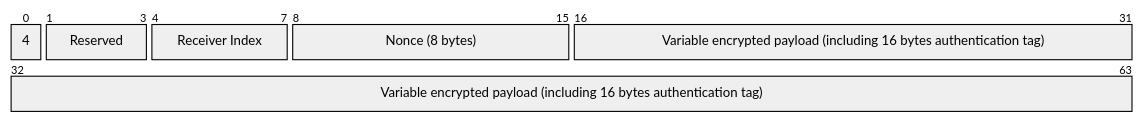
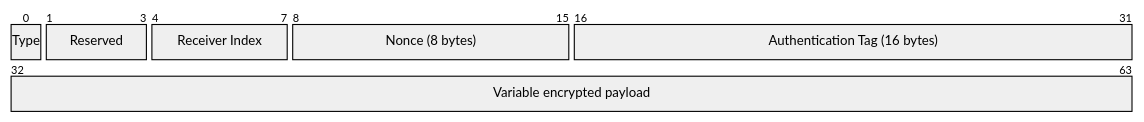
One commit to category-labs/monad-bft changed the fourth of 8 diagrams in docs/0002_authenticated_udp.md. Above: the diagram before and after it, drawn with Mermaid. The commit also changed other lines of this file, not shown here.

````diff
--- a/docs/0002_authenticated_udp.md
+++ b/docs/0002_authenticated_udp.md
@@ -269,8 +269,9 @@
 ```mermaid
 packet-beta
-0: "4"
+0: "Type"
 1-3: "Reserved"
 4-7: "Receiver Index"
 8-15: "Nonce (8 bytes)"
-16-63: "Variable encrypted payload (including 16 bytes authentication tag)"
+16-31: "Authentication Tag (16 bytes)"
+32-63: "Variable encrypted payload"
 ```
````
